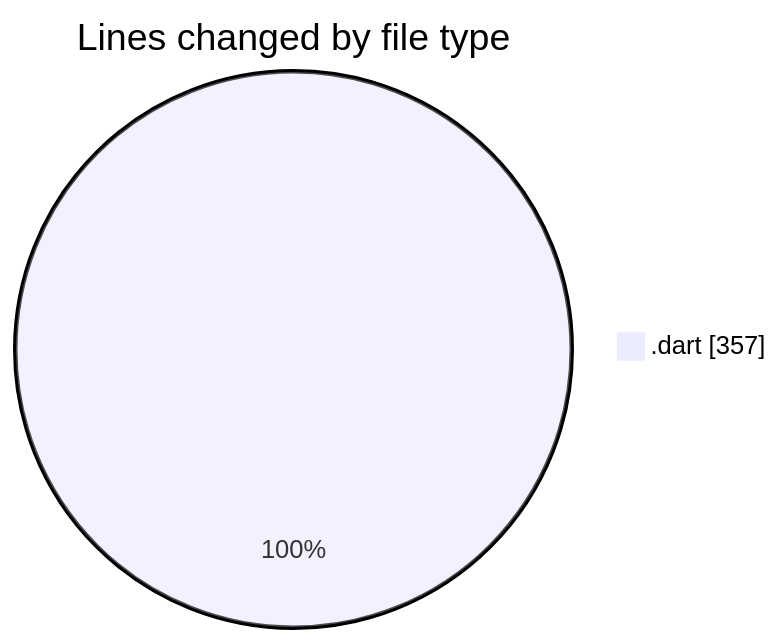
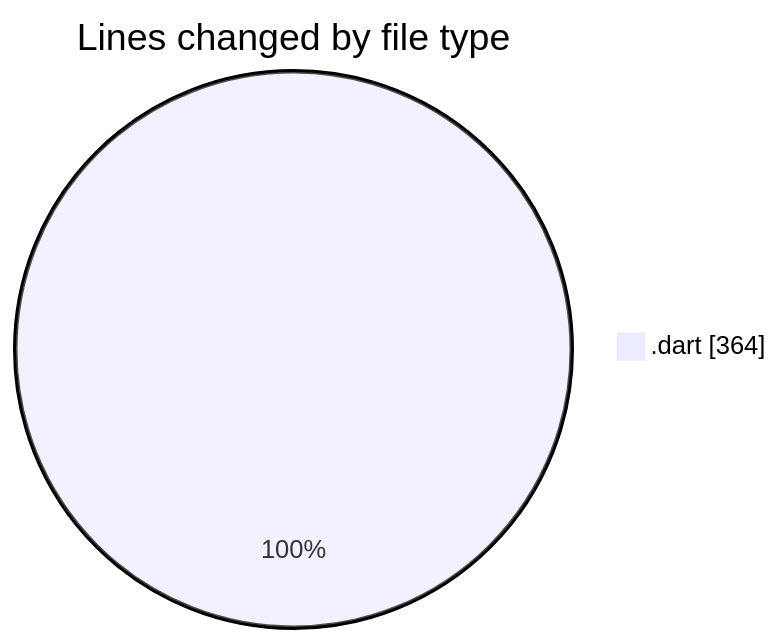
Before and after one commit to donsfak/code-tracking: the first of 2 diagrams in 2025-02-27/uber_clone/README.md, drawn with Mermaid. The commit also changed other lines of this file and 1 other file, not shown here.

````diff
--- a/2025-02-27/uber_clone/README.md
+++ b/2025-02-27/uber_clone/README.md
@@ -20,5 +20,5 @@
 ```mermaid
 pie showData
 title Lines changed by file type
-".dart" : 357
+".dart" : 364
 ```
````
